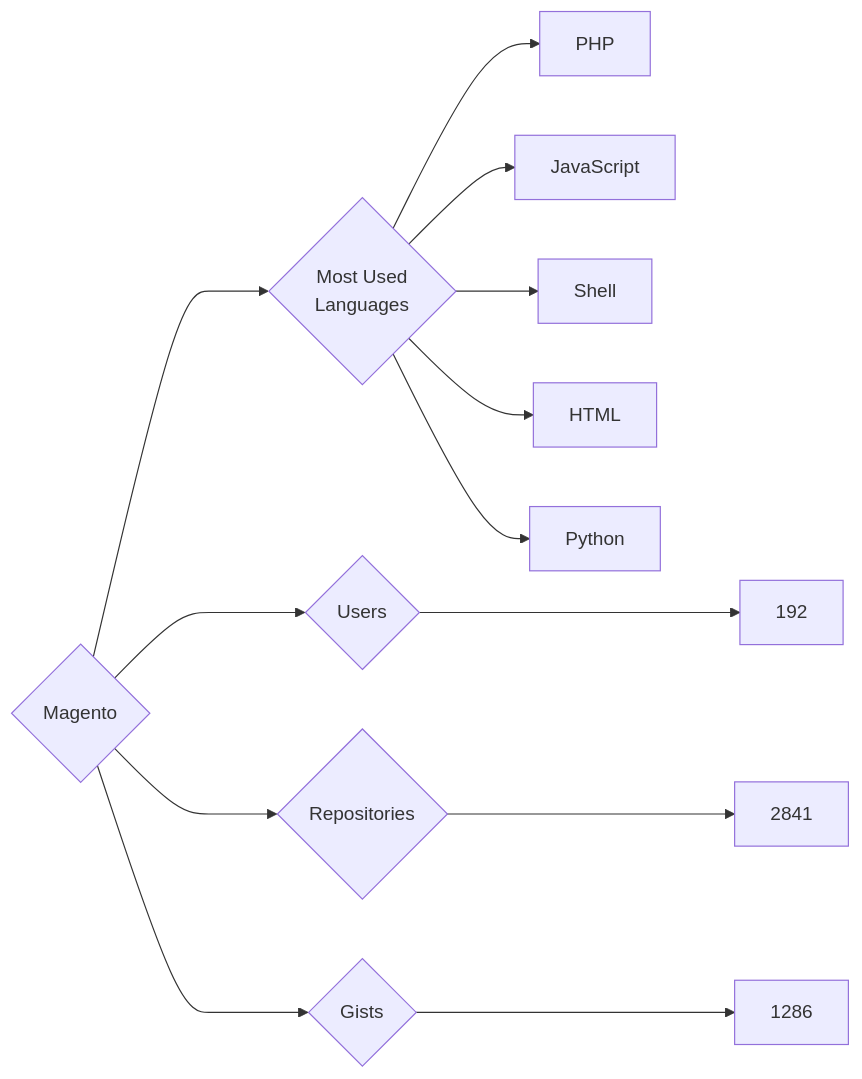
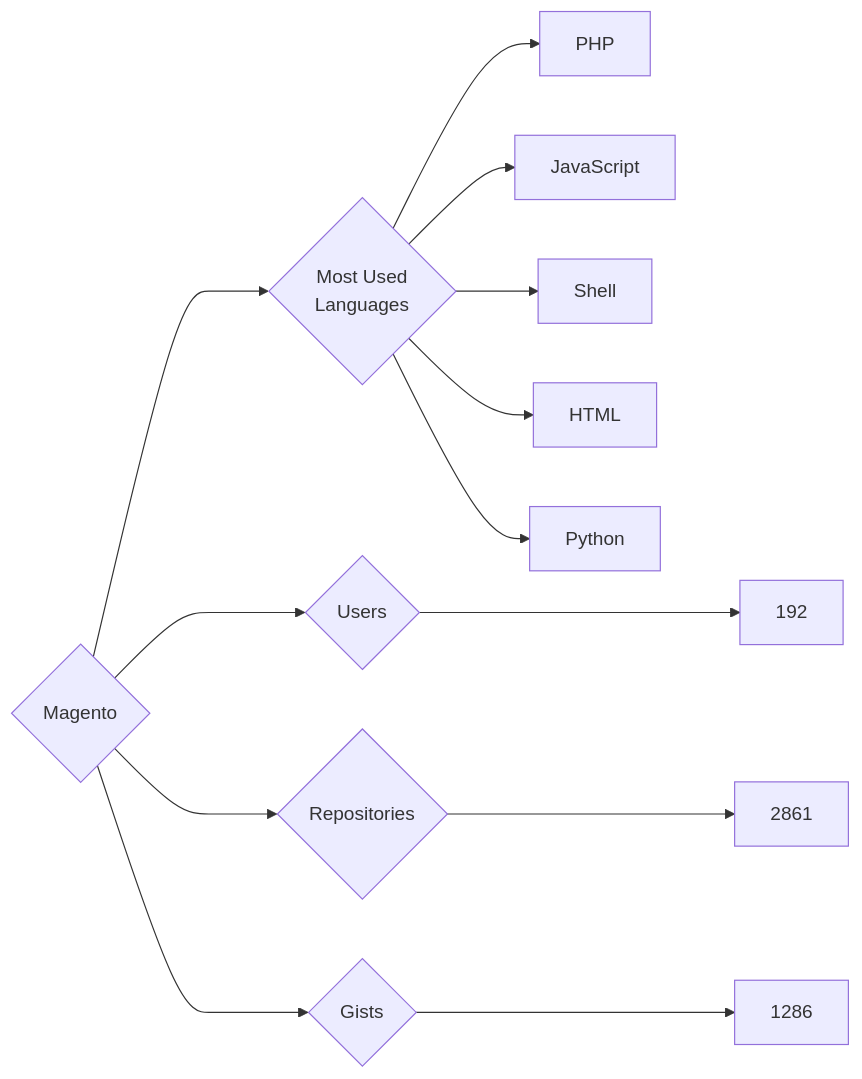
One commit to trickest/insiders changed the diagram in targets/Magento/README.md. Above: the diagram before and after it, drawn with Mermaid. The commit also changed 809 other files, not shown here.

````diff
--- a/targets/Magento/README.md
+++ b/targets/Magento/README.md
@@ -3,13 +3,13 @@
 ```mermaid
 graph LR
 COMPANY_NAME{Magento}
 COMPANY_NAME ---> U{Users} ---> UN[192]
-COMPANY_NAME ---> R{Repositories} ---> RN[2841]
+COMPANY_NAME ---> R{Repositories} ---> RN[2861]
 COMPANY_NAME ---> G{Gists} ---> GN[1286]
 COMPANY_NAME ---> ML{Most Used<br>Languages}
 ML --> PHP[PHP]
 ML --> JavaScript[JavaScript]
 ML --> Shell[Shell]
 ML --> HTML[HTML]
 ML --> Python[Python]
 ```
````
